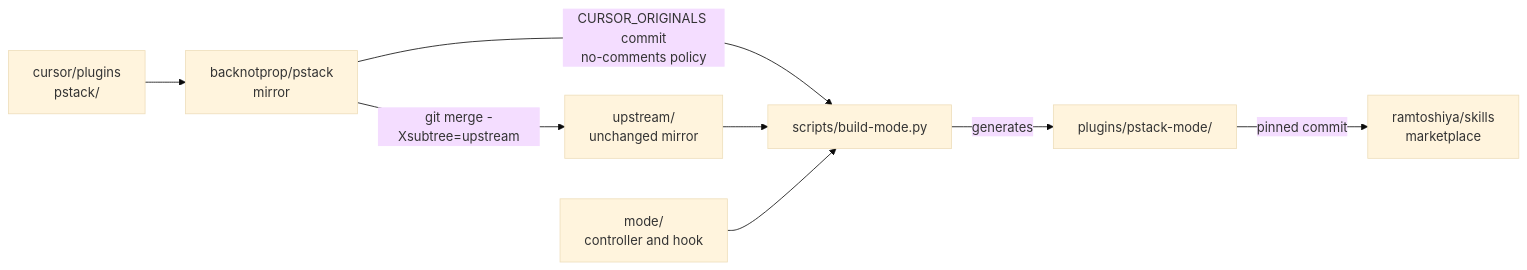
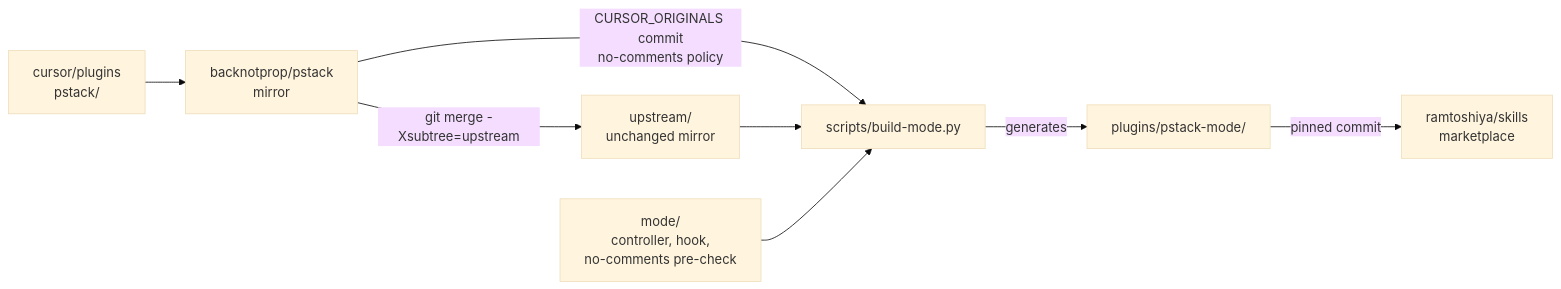
Before and after one commit to ramtoshiya/pstack-mode: the diagram in README.md, drawn with Mermaid (base theme). The commit also changed 6 other files, not shown here.

Commit message:
Skip Comment Sicko when a pre-check finds no comments in scope

````diff
--- a/README.md
+++ b/README.md
@@ -7,10 +7,10 @@
 ```mermaid
 flowchart LR
   C["cursor/plugins<br/>pstack/"] --> M["backnotprop/pstack<br/>mirror"]
   M -- "git merge -Xsubtree=upstream" --> U["upstream/<br/>unchanged mirror"]
   M -- "CURSOR_ORIGINALS commit<br/>no-comments policy" --> B["scripts/build-mode.py"]
   U --> B
-  O["mode/<br/>controller and hook"] --> B
+  O["mode/<br/>controller, hook,<br/>no-comments pre-check"] --> B
   B -- "generates" --> P["plugins/pstack-mode/"]
   P -- "pinned commit" --> L["ramtoshiya/skills<br/>marketplace"]
 ```
````
